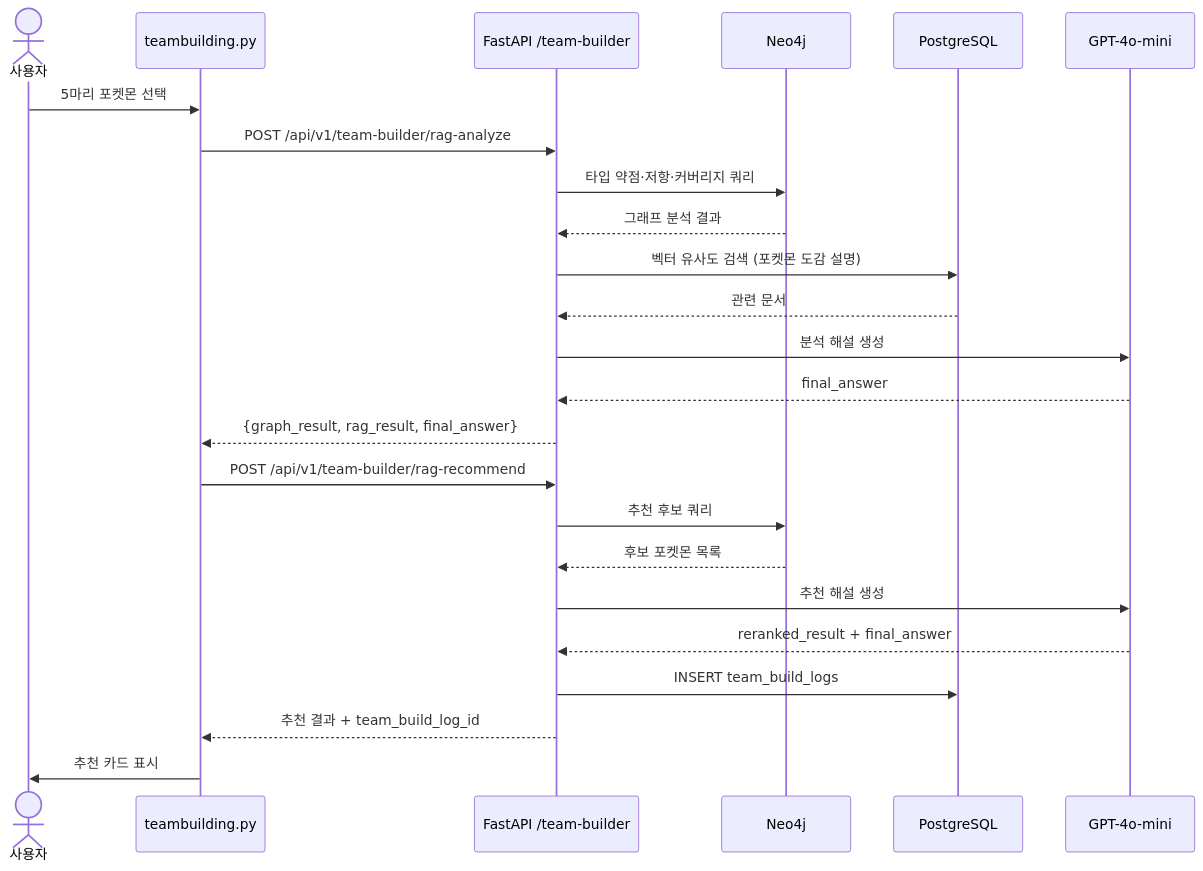
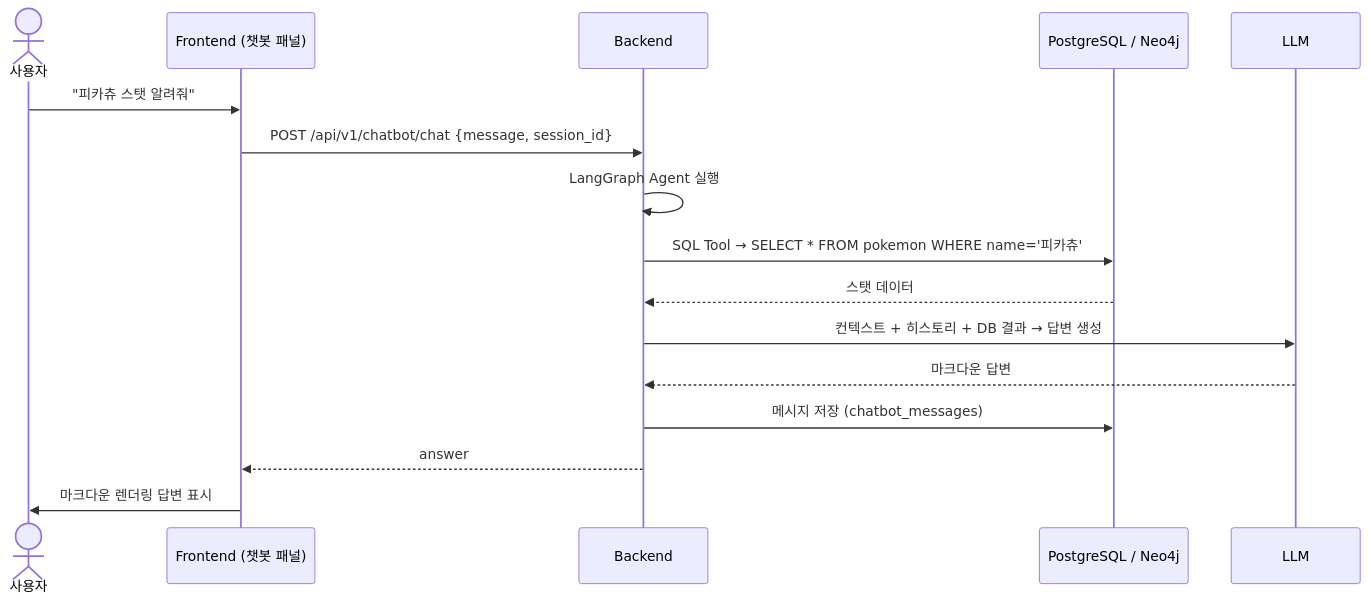
The eighth of 10 diagrams in README.md (SKNETWORKS-FAMILY-AICAMP/SKN27-3rd-3TEAM), drawn with Mermaid before and after one commit. The commit also changed other lines of this file and 1 other file, not shown here.

````diff
--- a/README.md
+++ b/README.md
@@ -408,28 +449,19 @@
 ```mermaid
 sequenceDiagram
     actor User as 사용자
-    participant FE as teambuilding.py
-    participant BE as FastAPI /team-builder
-    participant N4J as Neo4j
-    participant PG as PostgreSQL
-    participant LLM as GPT-4o-mini
+    participant FE as Frontend (챗봇 패널)
+    participant BE as Backend
+    participant DB as PostgreSQL / Neo4j
+    participant LLM as LLM
 
-    User->>FE: 5마리 포켓몬 선택
-    FE->>BE: POST /api/v1/team-builder/rag-analyze
-    BE->>N4J: 타입 약점·저항·커버리지 쿼리
-    N4J-->>BE: 그래프 분석 결과
-    BE->>PG: 벡터 유사도 검색 (포켓몬 도감 설명)
-    PG-->>BE: 관련 문서
-    BE->>LLM: 분석 해설 생성
-    LLM-->>BE: final_answer
-    BE-->>FE: {graph_result, rag_result, final_answer}
-
-    FE->>BE: POST /api/v1/team-builder/rag-recommend
-    BE->>N4J: 추천 후보 쿼리
-    N4J-->>BE: 후보 포켓몬 목록
-    BE->>LLM: 추천 해설 생성
-    LLM-->>BE: reranked_result + final_answer
-    BE->>PG: INSERT team_build_logs
-    BE-->>FE: 추천 결과 + team_build_log_id
-    FE->>User: 추천 카드 표시
+    User->>FE: "피카츄 스탯 알려줘"
+    FE->>BE: POST /api/v1/chatbot/chat {message, session_id}
+    BE->>BE: LangGraph Agent 실행
+    BE->>DB: SQL Tool → SELECT * FROM pokemon WHERE name='피카츄'
+    DB-->>BE: 스탯 데이터
+    BE->>LLM: 컨텍스트 + 히스토리 + DB 결과 → 답변 생성
+    LLM-->>BE: 마크다운 답변
+    BE->>DB: 메시지 저장 (chatbot_messages)
+    BE-->>FE: answer
+    FE->>User: 마크다운 렌더링 답변 표시
 ```
````
